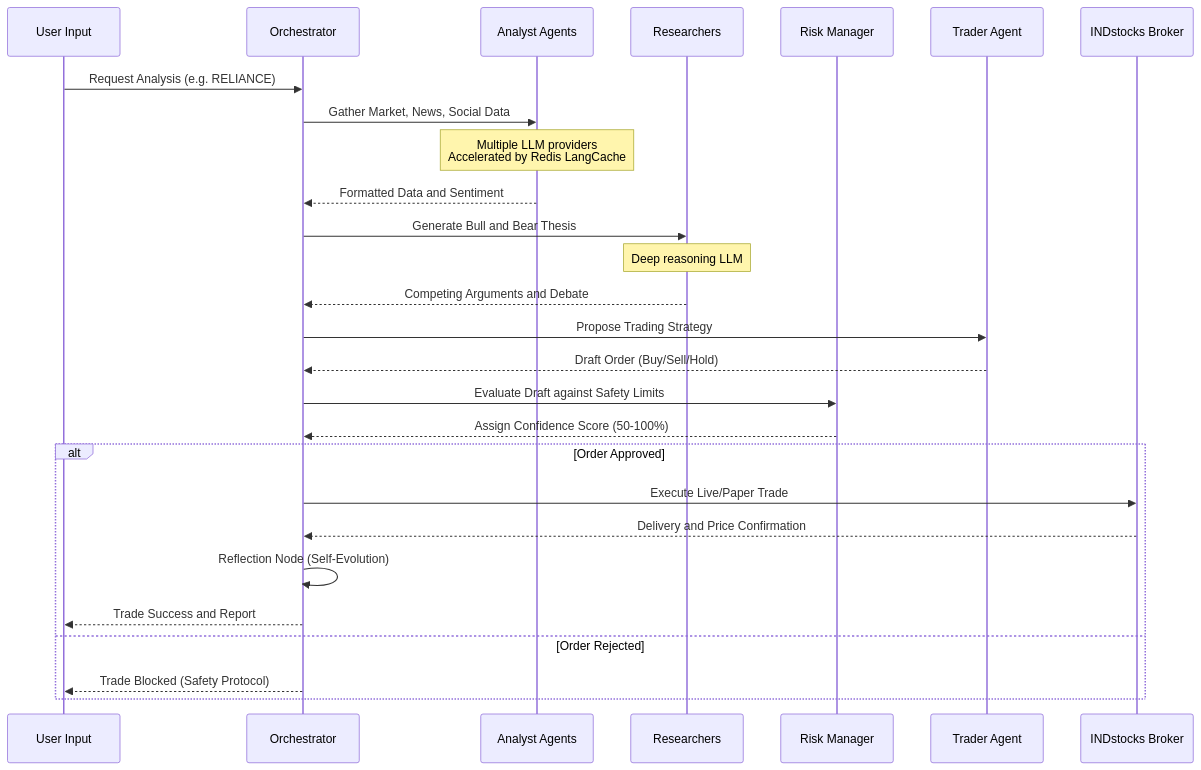
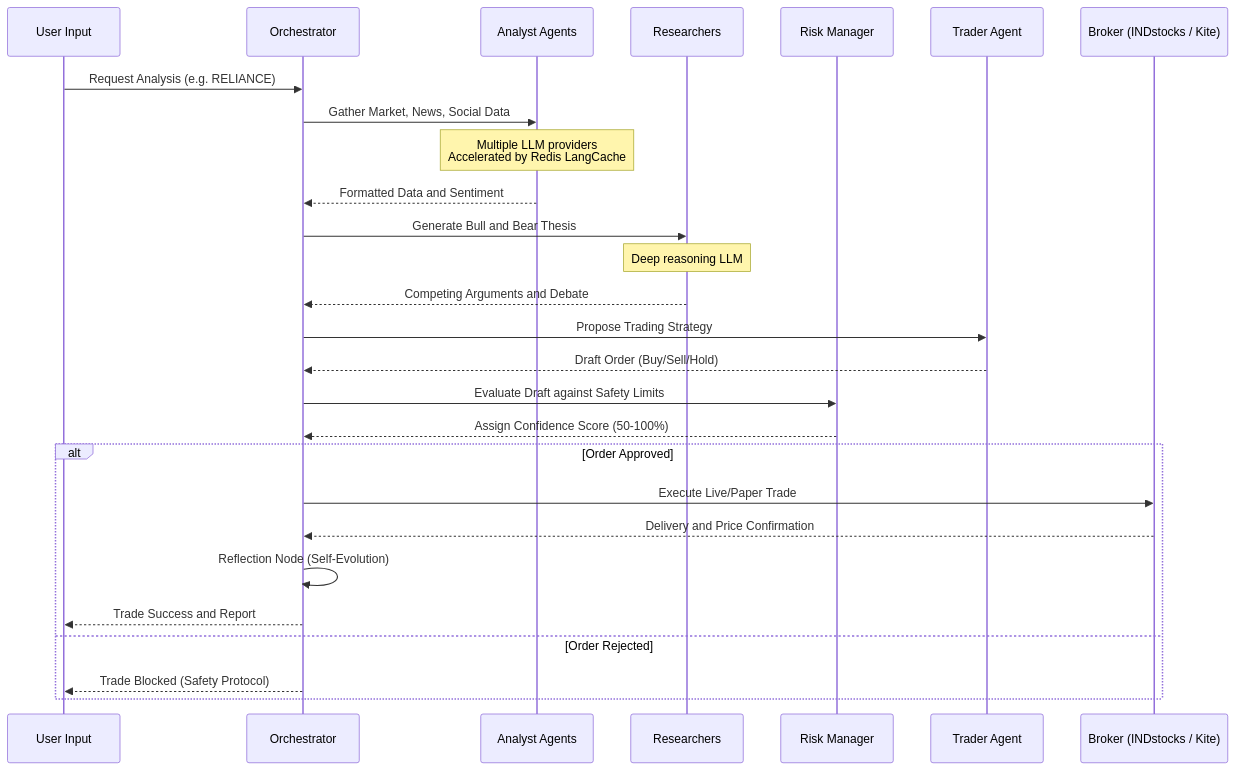
The second of 4 diagrams in README.md (samuelvinay91/skopaqtrader), drawn with Mermaid before and after one commit. The commit also changed other lines of this file and 1 other file, not shown here.

First line of the commit message:
docs: update README and CLAUDE.md for Kite Connect and MarketDataProvider

````diff
--- a/README.md
+++ b/README.md
@@ -119,30 +120,30 @@
 ```mermaid
 sequenceDiagram
     participant User as User Input
     participant Orch as Orchestrator
     participant Analysts as Analyst Agents
     participant Research as Researchers
     participant Risk as Risk Manager
     participant Trader as Trader Agent
-    participant Broker as INDstocks Broker
+    participant Broker as Broker (INDstocks / Kite)
 
     User->>Orch: Request Analysis (e.g. RELIANCE)
     Orch->>Analysts: Gather Market, News, Social Data
     Note over Analysts: Multiple LLM providers<br/>Accelerated by Redis LangCache
     Analysts-->>Orch: Formatted Data and Sentiment
     Orch->>Research: Generate Bull and Bear Thesis
     Note over Research: Deep reasoning LLM
     Research-->>Orch: Competing Arguments and Debate
     Orch->>Trader: Propose Trading Strategy
     Trader-->>Orch: Draft Order (Buy/Sell/Hold)
     Orch->>Risk: Evaluate Draft against Safety Limits
     Risk-->>Orch: Assign Confidence Score (50-100%)
     alt Order Approved
         Orch->>Broker: Execute Live/Paper Trade
         Broker-->>Orch: Delivery and Price Confirmation
         Orch->>Orch: Reflection Node (Self-Evolution)
         Orch-->>User: Trade Success and Report
     else Order Rejected
         Orch-->>User: Trade Blocked (Safety Protocol)
     end
 ```
````
